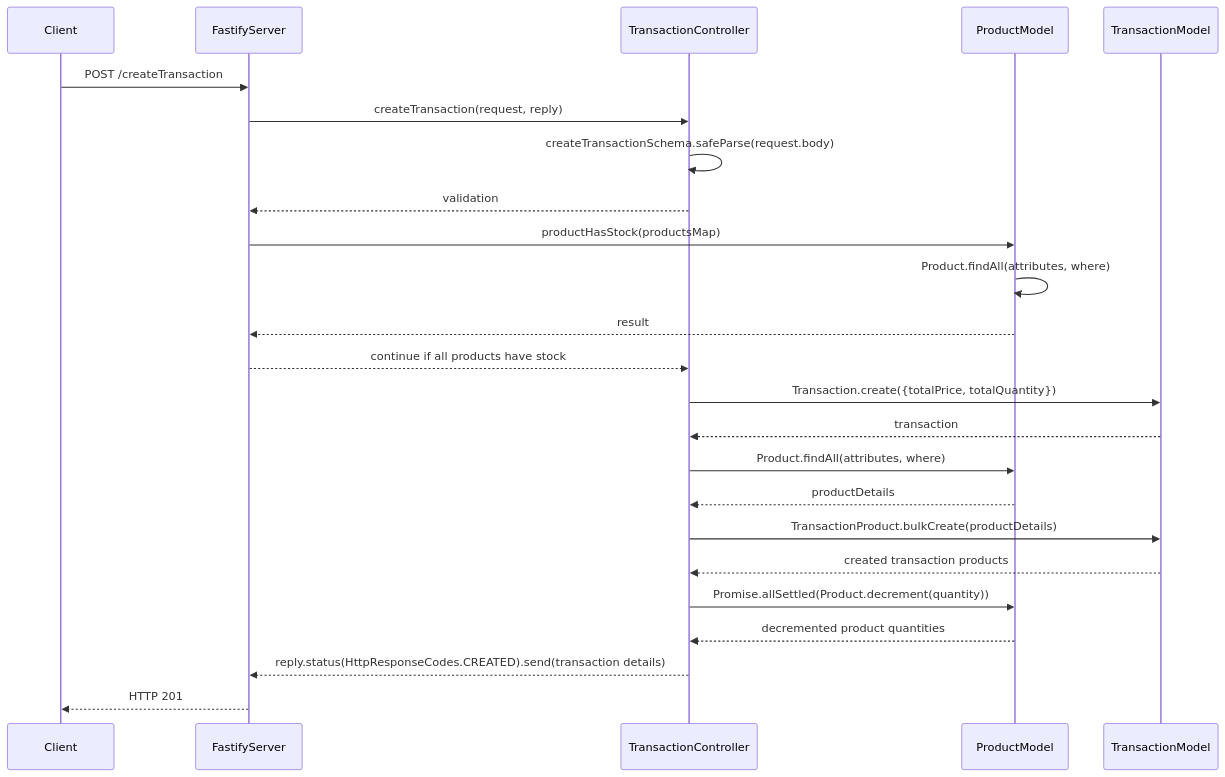
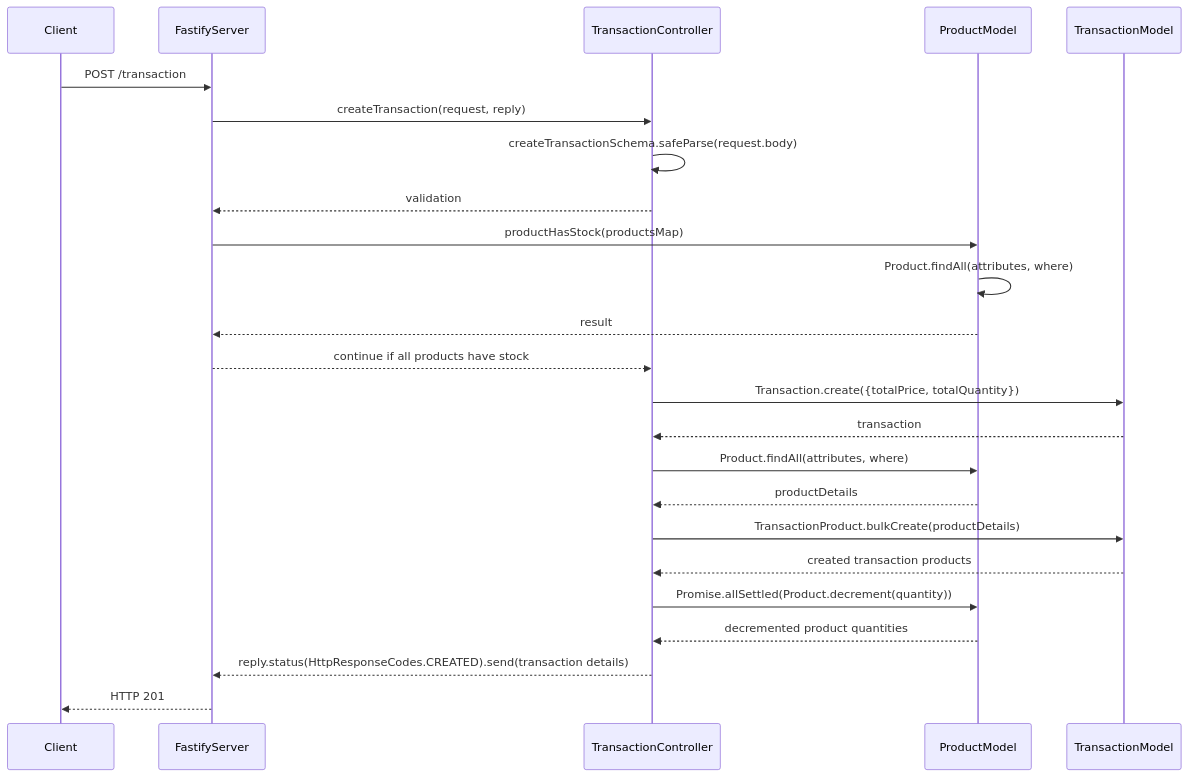
The first of 2 diagrams in src/modules/transaction/README.md (JohnsonJay/pos), drawn with Mermaid before and after one commit.

````diff
--- a/src/modules/transaction/README.md
+++ b/src/modules/transaction/README.md
@@ -4,28 +4,28 @@
 ```mermaid
 sequenceDiagram
     participant Client
     participant FastifyServer
     participant TransactionController
     participant ProductModel
     participant TransactionModel
 
-    Client->>FastifyServer: POST /createTransaction
+    Client->>FastifyServer: POST /transaction
     FastifyServer->>TransactionController: createTransaction(request, reply)
     TransactionController->>TransactionController: createTransactionSchema.safeParse(request.body)
     TransactionController-->>FastifyServer: validation
     FastifyServer->>ProductModel: productHasStock(productsMap)
     ProductModel->>ProductModel: Product.findAll(attributes, where)
     ProductModel-->>FastifyServer: result
     FastifyServer-->>TransactionController: continue if all products have stock
     TransactionController->>TransactionModel: Transaction.create({totalPrice, totalQuantity})
     TransactionModel-->>TransactionController: transaction
     TransactionController->>ProductModel: Product.findAll(attributes, where)
     ProductModel-->>TransactionController: productDetails
     TransactionController->>TransactionModel: TransactionProduct.bulkCreate(productDetails)
     TransactionModel-->>TransactionController: created transaction products
     TransactionController->>ProductModel: Promise.allSettled(Product.decrement(quantity))
     ProductModel-->>TransactionController: decremented product quantities
     TransactionController-->>FastifyServer: reply.status(HttpResponseCodes.CREATED).send(transaction details)
     FastifyServer-->>Client: HTTP 201
 
 ```
````
